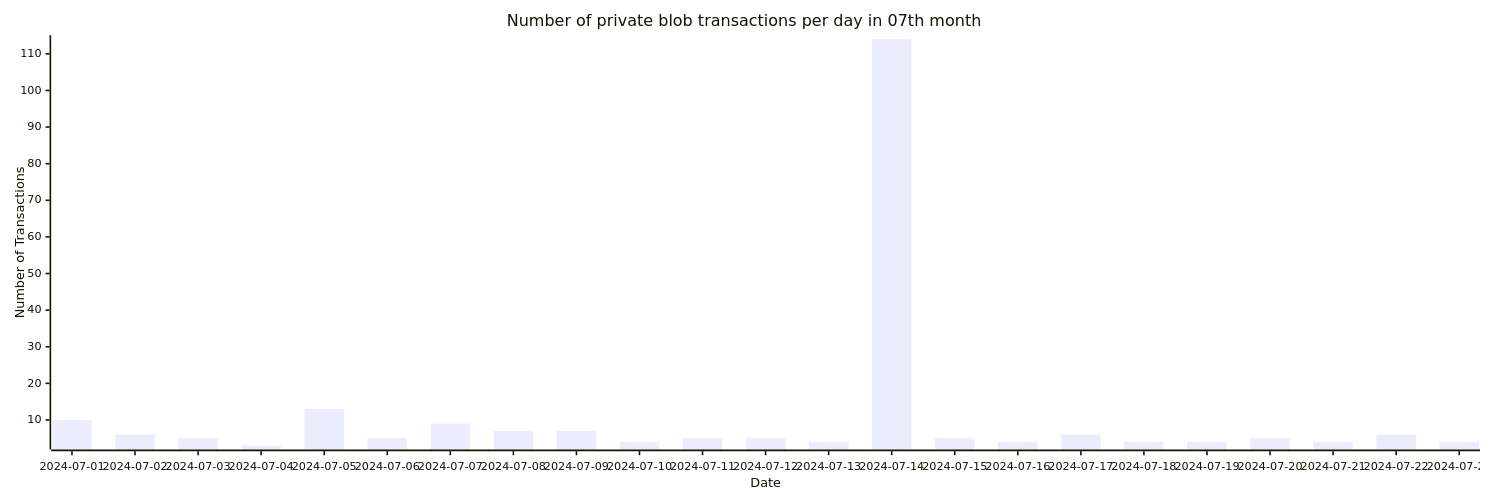
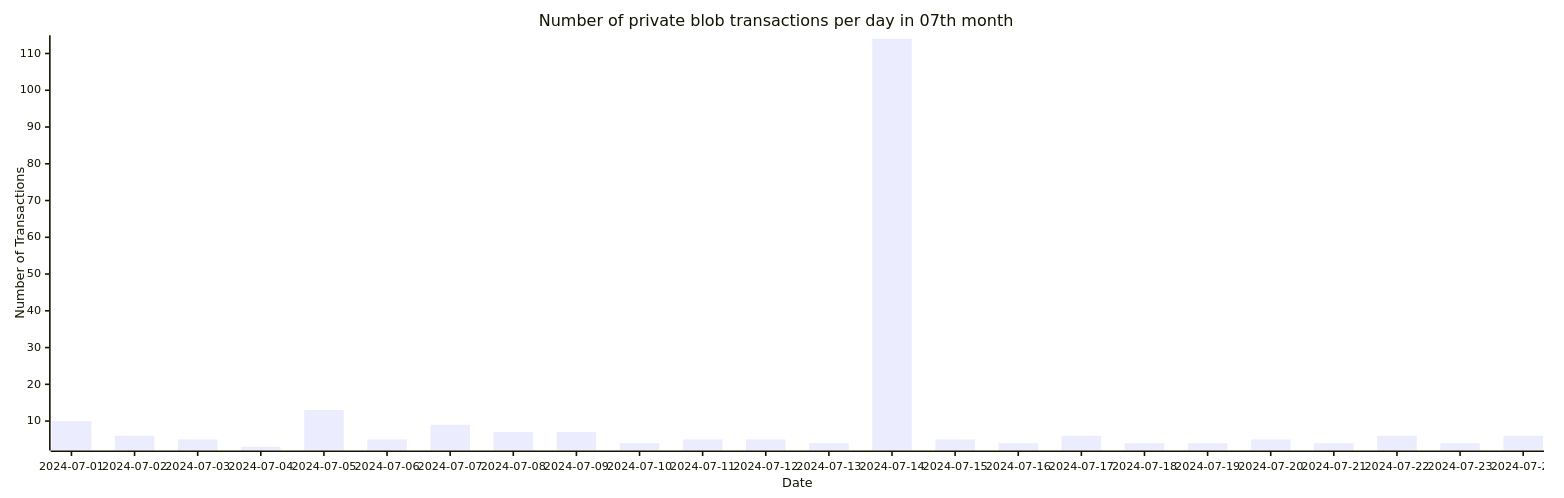
Before and after one commit to Amit0617/eip4844-data: the fifth of 5 diagrams in README.md, drawn with Mermaid. The commit also changed 1 other file, not shown here.

````diff
--- a/README.md
+++ b/README.md
@@ -53,12 +53,12 @@
 ```mermaid
 ---
 config:
     xyChart:
-        width: 1840
+        width: 1920
         height: 600
 ---
 xychart-beta title "Number of private blob transactions per day in 07th month"
-x-axis "Date" [2024-07-01,2024-07-02,2024-07-03,2024-07-04,2024-07-05,2024-07-06,2024-07-07,2024-07-08,2024-07-09,2024-07-10,2024-07-11,2024-07-12,2024-07-13,2024-07-14,2024-07-15,2024-07-16,2024-07-17,2024-07-18,2024-07-19,2024-07-20,2024-07-21,2024-07-22,2024-07-23]
+x-axis "Date" [2024-07-01,2024-07-02,2024-07-03,2024-07-04,2024-07-05,2024-07-06,2024-07-07,2024-07-08,2024-07-09,2024-07-10,2024-07-11,2024-07-12,2024-07-13,2024-07-14,2024-07-15,2024-07-16,2024-07-17,2024-07-18,2024-07-19,2024-07-20,2024-07-21,2024-07-22,2024-07-23,2024-07-24]
 y-axis "Number of Transactions"
-bar[10,6,5,3,13,5,9,7,7,4,5,5,4,114,5,4,6,4,4,5,4,6,4]
+bar[10,6,5,3,13,5,9,7,7,4,5,5,4,114,5,4,6,4,4,5,4,6,4,6]
 ```
````
